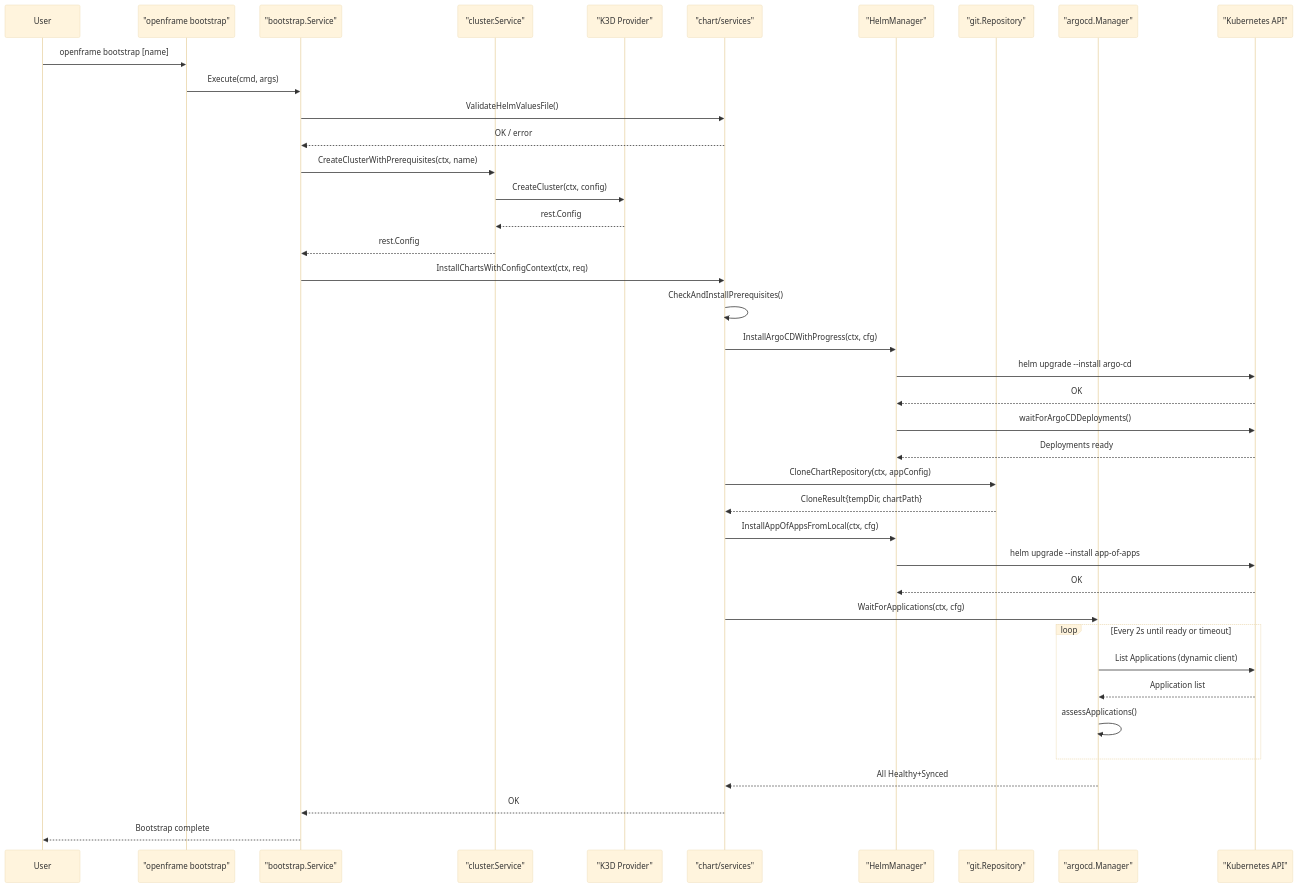
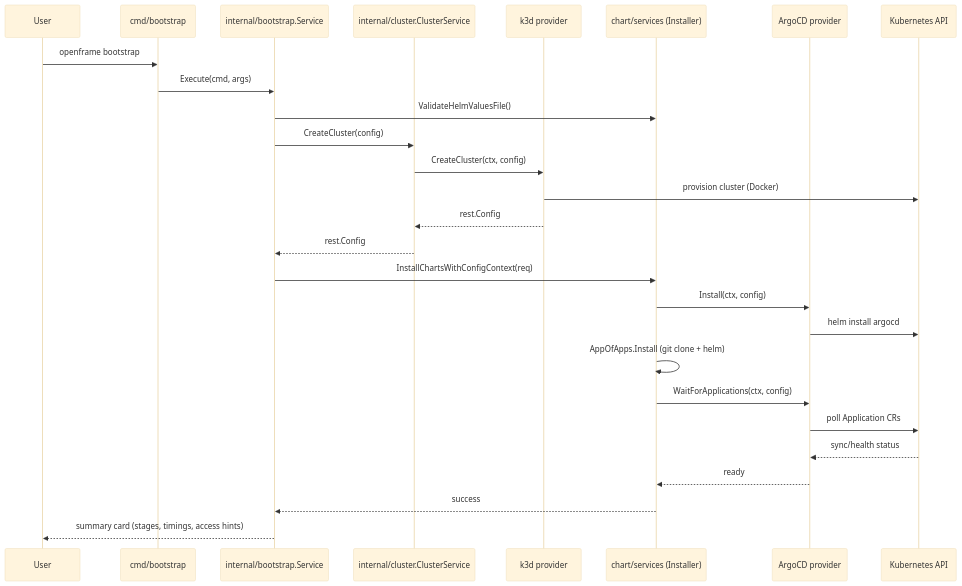
The third of 4 diagrams in docs/reference/architecture/overview.md (clydejordaan/openframe-cli), drawn with Mermaid (base theme) before and after one commit. The commit also changed other lines of this file and 134 other files, not shown here.

````diff
--- a/docs/reference/architecture/overview.md
+++ b/docs/reference/architecture/overview.md
@@ -205,49 +188,30 @@
 ```mermaid
 sequenceDiagram
     participant User
-    participant CLI as "openframe bootstrap"
-    participant BSvc as "bootstrap.Service"
-    participant CSvc as "cluster.Service"
-    participant K3D as "K3D Provider"
-    participant ChSvc as "chart/services"
-    participant Helm as "HelmManager"
-    participant Git as "git.Repository"
-    participant ArgoCD as "argocd.Manager"
-    participant K8s as "Kubernetes API"
+    participant CLI as cmd/bootstrap
+    participant Boot as internal/bootstrap.Service
+    participant Cluster as internal/cluster.ClusterService
+    participant K3d as k3d provider
+    participant Chart as chart/services (Installer)
+    participant ArgoCD as ArgoCD provider
+    participant K8s as Kubernetes API
 
-    User->>CLI: openframe bootstrap [name]
-    CLI->>BSvc: Execute(cmd, args)
-    BSvc->>ChSvc: ValidateHelmValuesFile()
-    ChSvc-->>BSvc: OK / error
-
-    BSvc->>CSvc: CreateClusterWithPrerequisites(ctx, name)
-    CSvc->>K3D: CreateCluster(ctx, config)
-    K3D-->>CSvc: rest.Config
-    CSvc-->>BSvc: rest.Config
-
-    BSvc->>ChSvc: InstallChartsWithConfigContext(ctx, req)
-    ChSvc->>ChSvc: CheckAndInstallPrerequisites()
-    ChSvc->>Helm: InstallArgoCDWithProgress(ctx, cfg)
-    Helm->>K8s: helm upgrade --install argo-cd
-    K8s-->>Helm: OK
-    Helm->>K8s: waitForArgoCDDeployments()
-    K8s-->>Helm: Deployments ready
-
-    ChSvc->>Git: CloneChartRepository(ctx, appConfig)
-    Git-->>ChSvc: CloneResult{tempDir, chartPath}
-
-    ChSvc->>Helm: InstallAppOfAppsFromLocal(ctx, cfg)
-    Helm->>K8s: helm upgrade --install app-of-apps
-    K8s-->>Helm: OK
-
-    ChSvc->>ArgoCD: WaitForApplications(ctx, cfg)
-    loop Every 2s until ready or timeout
-        ArgoCD->>K8s: List Applications (dynamic client)
-        K8s-->>ArgoCD: Application list
-        ArgoCD->>ArgoCD: assessApplications()
-    end
-    ArgoCD-->>ChSvc: All Healthy+Synced
-
-    ChSvc-->>BSvc: OK
-    BSvc-->>User: Bootstrap complete
+    User->>CLI: openframe bootstrap
+    CLI->>Boot: Execute(cmd, args)
+    Boot->>Chart: ValidateHelmValuesFile()
+    Boot->>Cluster: CreateCluster(config)
+    Cluster->>K3d: CreateCluster(ctx, config)
+    K3d->>K8s: provision cluster (Docker)
+    K3d-->>Cluster: rest.Config
+    Cluster-->>Boot: rest.Config
+    Boot->>Chart: InstallChartsWithConfigContext(req)
+    Chart->>ArgoCD: Install(ctx, config)
+    ArgoCD->>K8s: helm install argocd
+    Chart->>Chart: AppOfApps.Install (git clone + helm)
+    Chart->>ArgoCD: WaitForApplications(ctx, config)
+    ArgoCD->>K8s: poll Application CRs
+    K8s-->>ArgoCD: sync/health status
+    ArgoCD-->>Chart: ready
+    Chart-->>Boot: success
+    Boot-->>User: summary card (stages, timings, access hints)
 ```
````
